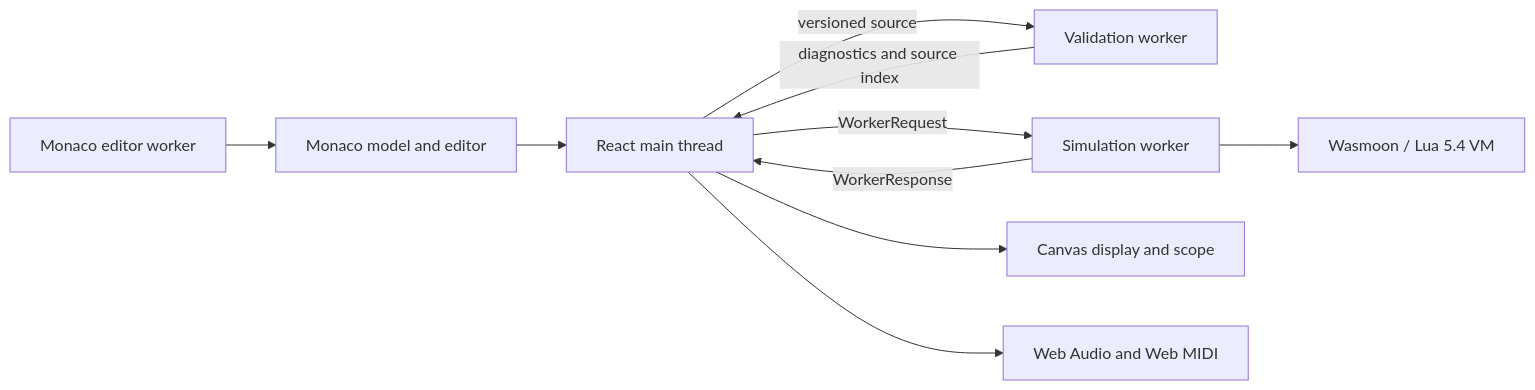
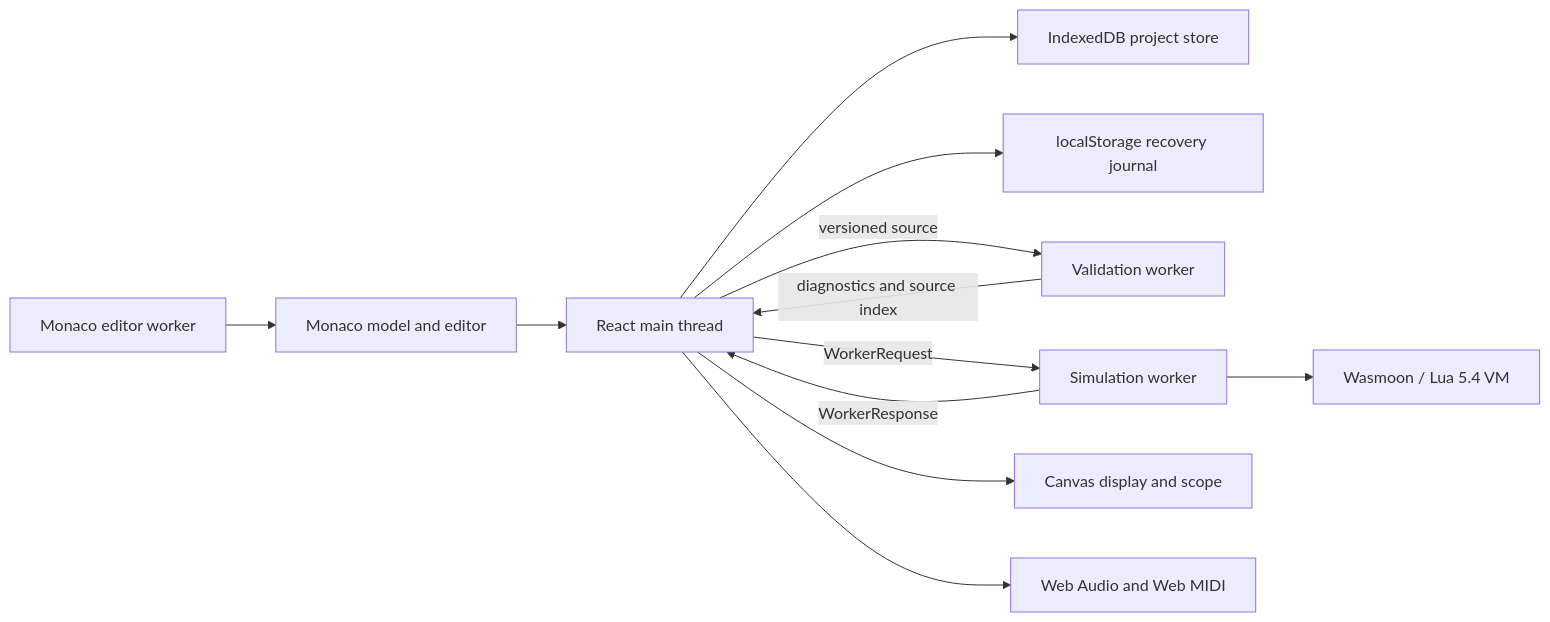
The diagram in docs/ARCHITECTURE.md (FrediBach/luading), drawn with Mermaid before and after one commit. The commit also changed other lines of this file and 30 other files, not shown here.

````diff
--- a/docs/ARCHITECTURE.md
+++ b/docs/ARCHITECTURE.md
@@ -52,12 +52,14 @@
 ```mermaid
 flowchart LR
   Monaco[Monaco model and editor] --> Main[React main thread]
+  Main --> ProjectStore[IndexedDB project store]
+  Main --> Recovery[localStorage recovery journal]
   Main -->|versioned source| Validation[Validation worker]
   Validation -->|diagnostics and source index| Main
   Main -->|WorkerRequest| Simulation[Simulation worker]
   Simulation --> Wasmoon[Wasmoon / Lua 5.4 VM]
   Simulation -->|WorkerResponse| Main
   Main --> Display[Canvas display and scope]
   Main --> BrowserIO[Web Audio and Web MIDI]
   MonacoWorker[Monaco editor worker] --> Monaco
 ```
````
